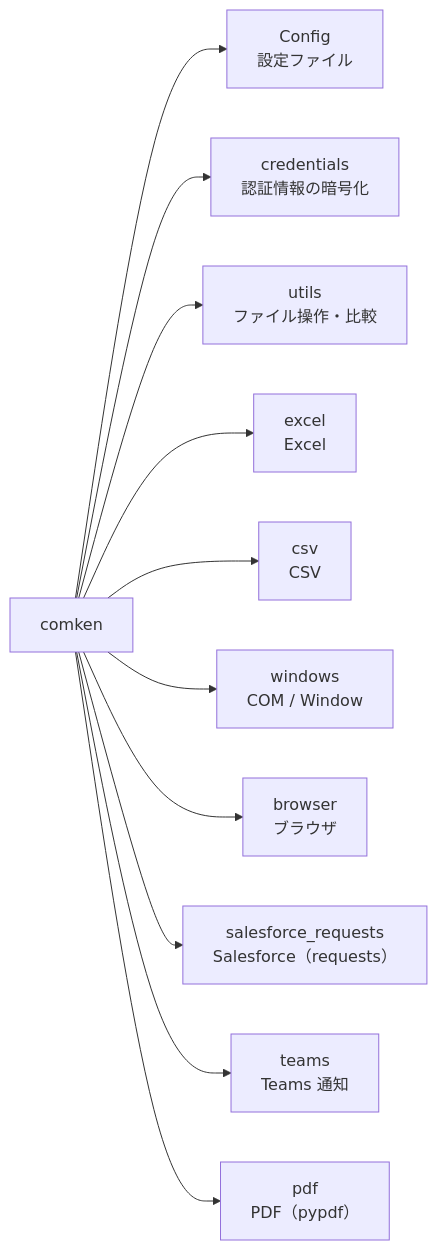
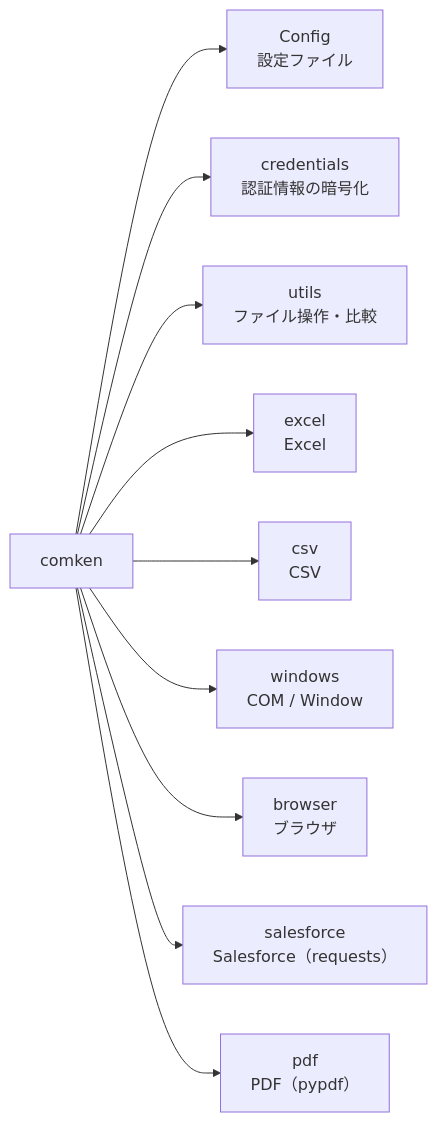
The first of 5 diagrams in README.md (tenniscorecom/original_libs), drawn with Mermaid before and after one commit. The commit also changed other lines of this file and 25 other files, not shown here.

First line of the commit message:
teams モジュールを削除、salesforce_requests を salesforce に改名

````diff
--- a/README.md
+++ b/README.md
@@ -1365,13 +1320,12 @@
 ```mermaid
 graph LR
     comken --> config["Config\n設定ファイル"]
     comken --> credentials["credentials\n認証情報の暗号化"]
     comken --> utils["utils\nファイル操作・比較"]
     comken --> excel["excel\nExcel"]
     comken --> csv["csv\nCSV"]
     comken --> windows["windows\nCOM / Window"]
     comken --> browser["browser\nブラウザ"]
-    comken --> salesforce_requests["salesforce_requests\nSalesforce（requests）"]
-    comken --> teams["teams\nTeams 通知"]
+    comken --> salesforce["salesforce\nSalesforce（requests）"]
     comken --> pdf["pdf\nPDF（pypdf）"]
 ```
````
